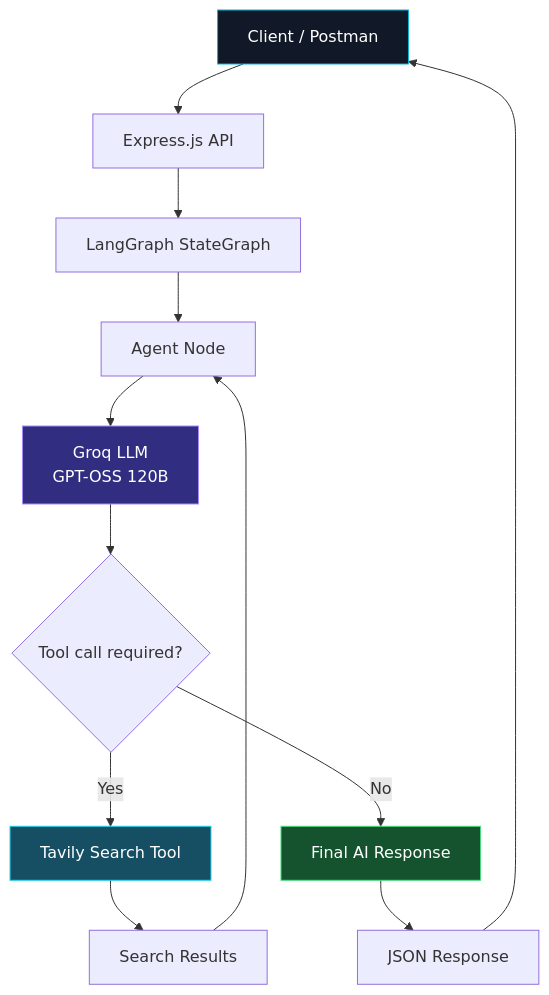
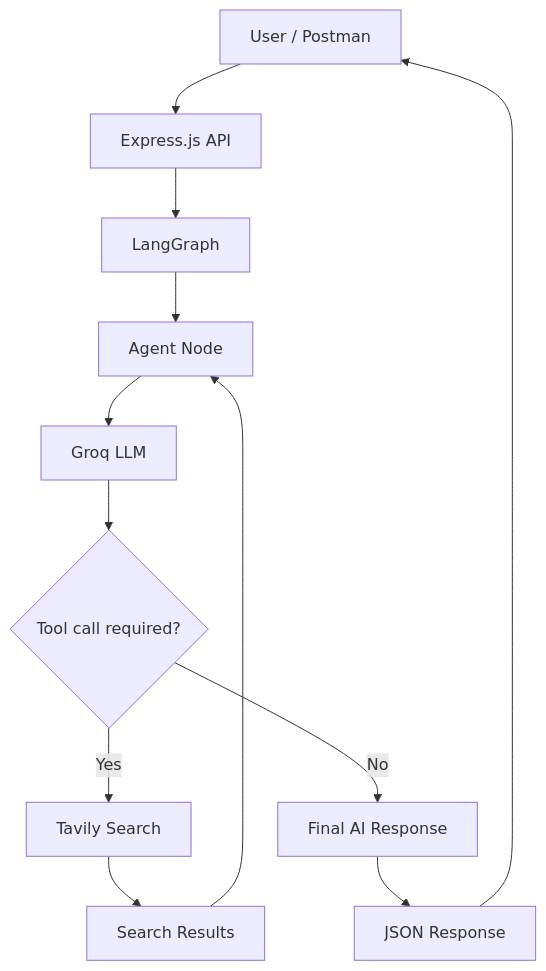
The second of 3 diagrams in README.md (PRINCE-TIWARI07/LLM-Langchain-LangGraph-WebSearchTool-), drawn with Mermaid before and after one commit. The commit also changed other lines of this file, not shown here.

````diff
--- a/README.md
+++ b/README.md
@@ -20,19 +31,14 @@
 ```mermaid
 flowchart TD
-    A["Client / Postman"] --> B["Express.js API"]
-    B --> C["LangGraph StateGraph"]
+    A["User / Postman"] --> B["Express.js API"]
+    B --> C["LangGraph"]
     C --> D["Agent Node"]
-    D --> E["Groq LLM<br/>GPT-OSS 120B"]
+    D --> E["Groq LLM"]
     E --> F{"Tool call required?"}
-    F -->|Yes| G["Tavily Search Tool"]
+    F -->|Yes| G["Tavily Search"]
     G --> H["Search Results"]
     H --> D
     F -->|No| I["Final AI Response"]
     I --> J["JSON Response"]
     J --> A
-
-    style A fill:#111827,color:#fff,stroke:#06b6d4
-    style E fill:#312e81,color:#fff,stroke:#a78bfa
-    style G fill:#164e63,color:#fff,stroke:#22d3ee
-    style I fill:#14532d,color:#fff,stroke:#4ade80
 ```
````
